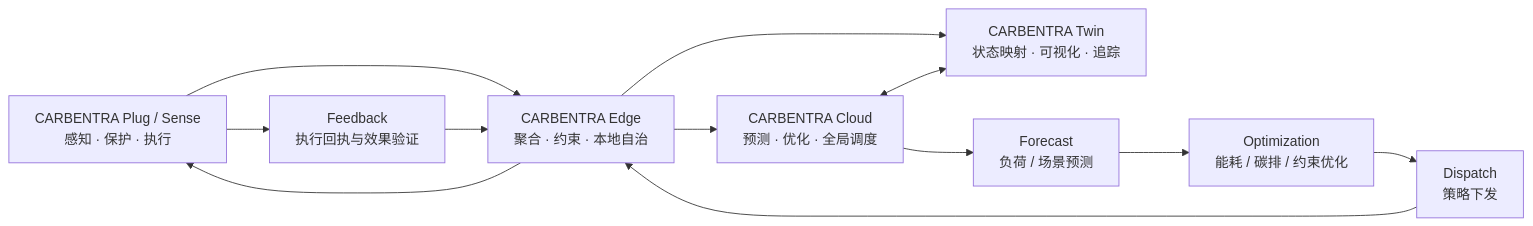
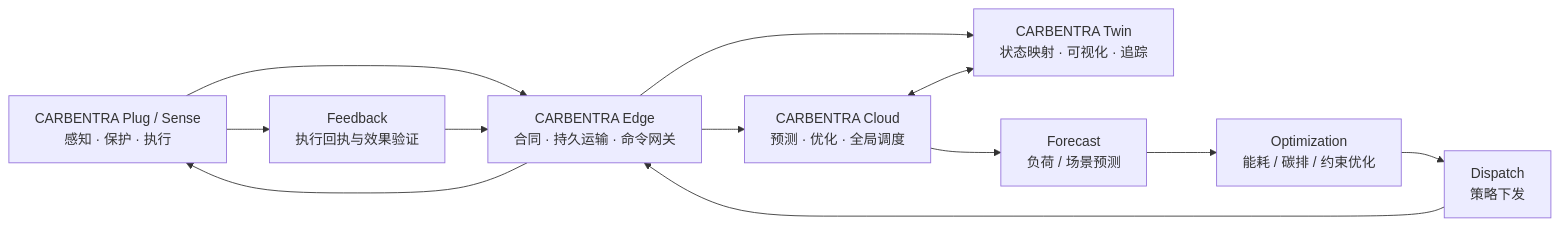
One commit to hicancan/carbentra-smart-plug changed the diagram in docs/PLATFORM_OVERVIEW.md. Above: the diagram before and after it, drawn with Mermaid. The commit also changed other lines of this file and 384 other files, not shown here.

````diff
--- a/docs/PLATFORM_OVERVIEW.md
+++ b/docs/PLATFORM_OVERVIEW.md
@@ -41,17 +43,17 @@
 ```mermaid
 flowchart LR
     A["CARBENTRA Plug / Sense<br/>感知 · 保护 · 执行"]
-    B["CARBENTRA Edge<br/>聚合 · 约束 · 本地自治"]
+    B["CARBENTRA Edge<br/>合同 · 持久运输 · 命令网关"]
     C["CARBENTRA Cloud<br/>预测 · 优化 · 全局调度"]
     D["CARBENTRA Twin<br/>状态映射 · 可视化 · 追踪"]
     F["Forecast<br/>负荷 / 场景预测"]
     O["Optimization<br/>能耗 / 碳排 / 约束优化"]
     X["Dispatch<br/>策略下发"]
     V["Feedback<br/>执行回执与效果验证"]
 
     A --> B --> C
     C --> F --> O --> X --> B
     B --> A
     A --> V --> B --> D
     C <--> D
 ```
````
